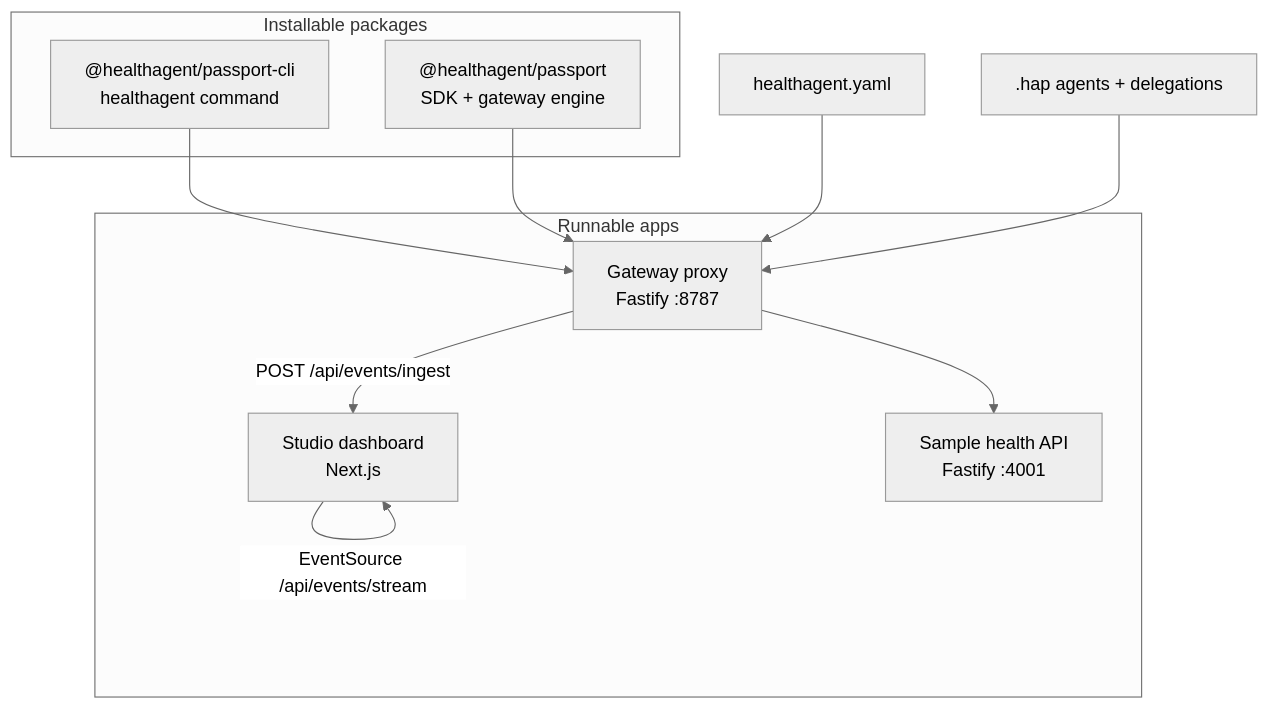
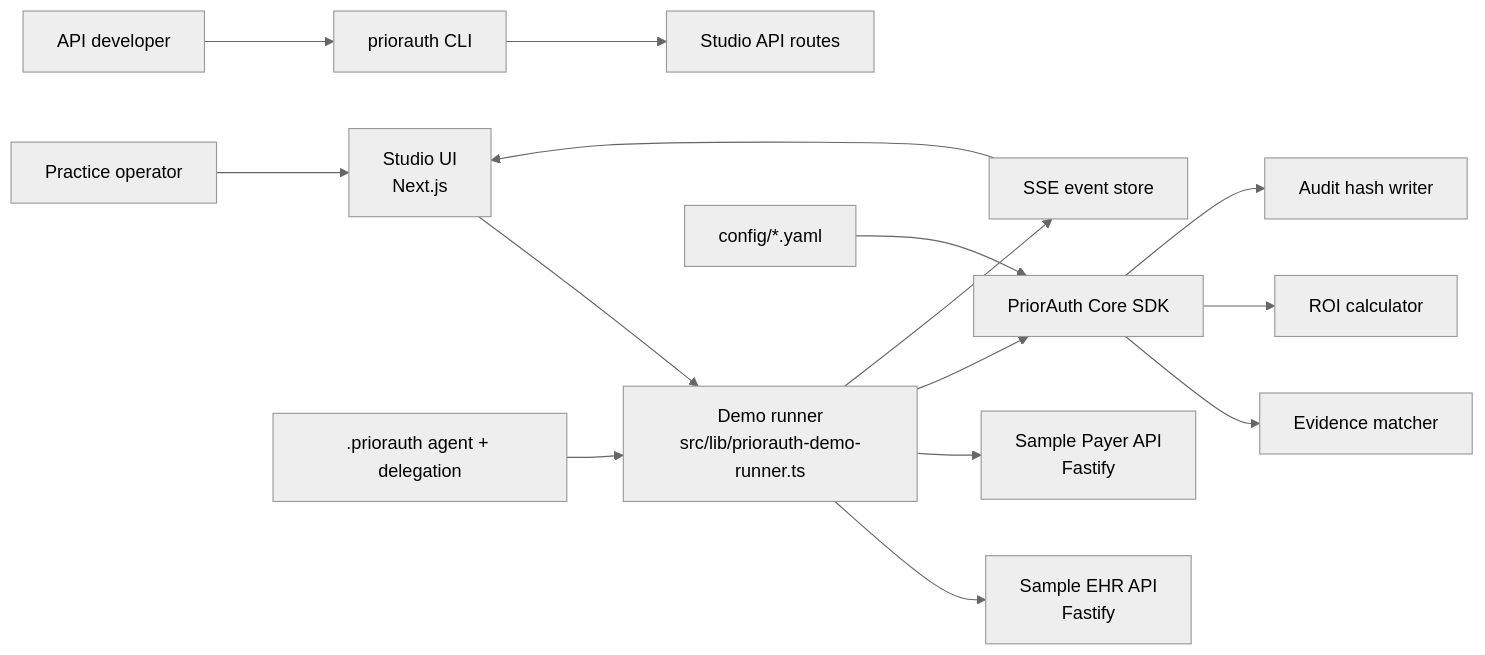
The first of 5 diagrams in docs/architecture.md (roshaninfordham/healthagentpassport), drawn with Mermaid (neutral theme) before and after one commit. The commit also changed other lines of this file and 137 other files, not shown here.

Commit message:
Transform product into PriorAuth Passport

````diff
--- a/docs/architecture.md
+++ b/docs/architecture.md
@@ -10,24 +9,17 @@
 ```mermaid
-flowchart TB
-  subgraph Packages["Installable packages"]
-    SDK["@healthagent/passport<br/>SDK + gateway engine"]
-    CLI["@healthagent/passport-cli<br/>healthagent command"]
-  end
-
-  subgraph Apps["Runnable apps"]
-    Studio["Studio dashboard<br/>Next.js"]
-    Sample["Sample health API<br/>Fastify :4001"]
-    Gateway["Gateway proxy<br/>Fastify :8787"]
-  end
-
-  Policy[healthagent.yaml]
-  Hap[".hap agents + delegations"]
-
-  CLI --> Gateway
-  SDK --> Gateway
-  Policy --> Gateway
-  Hap --> Gateway
-  Gateway --> Sample
-  Gateway -->|POST /api/events/ingest| Studio
-  Studio -->|EventSource /api/events/stream| Studio
+flowchart LR
+  Operator[Practice operator] --> Studio[Studio UI<br/>Next.js]
+  Developer[API developer] --> CLI[priorauth CLI]
+  Studio --> DemoRun[Demo runner<br/>src/lib/priorauth-demo-runner.ts]
+  CLI --> StudioApi[Studio API routes]
+  DemoRun --> EHR[Sample EHR API<br/>Fastify]
+  DemoRun --> Payer[Sample Payer API<br/>Fastify]
+  DemoRun --> Core[PriorAuth Core SDK]
+  Core --> Evidence[Evidence matcher]
+  Core --> ROI[ROI calculator]
+  Core --> Audit[Audit hash writer]
+  Config[config/*.yaml] --> Core
+  Agent[.priorauth agent + delegation] --> DemoRun
+  DemoRun --> Events[SSE event store]
+  Events --> Studio
 ```
````
